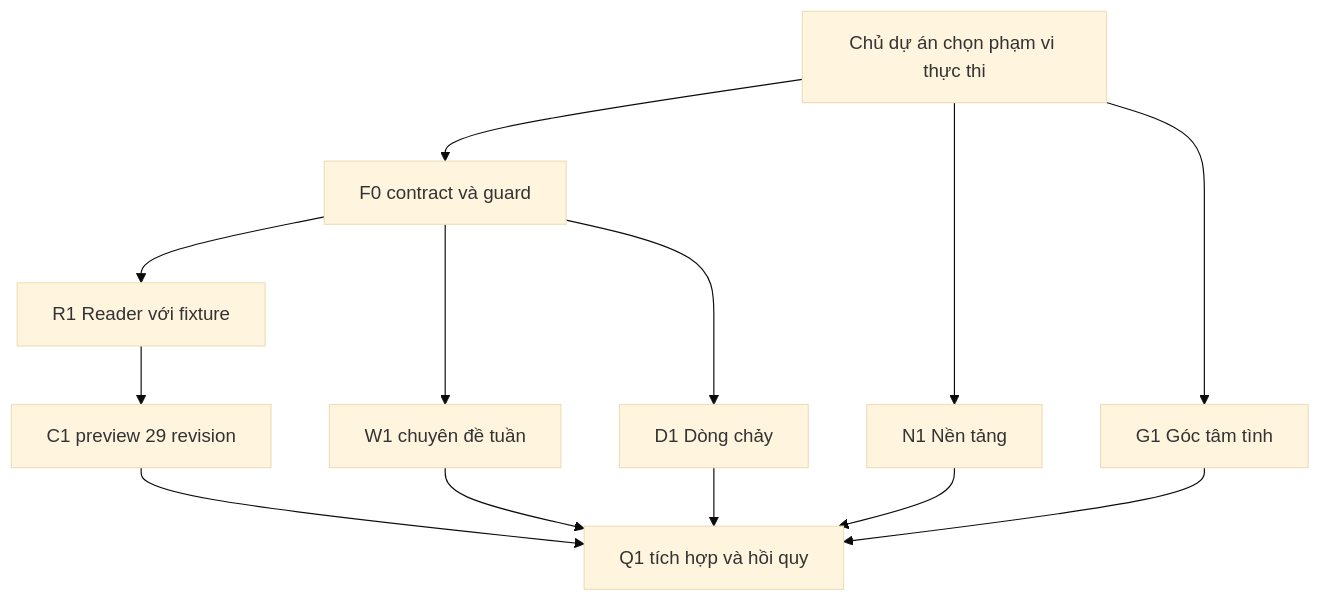
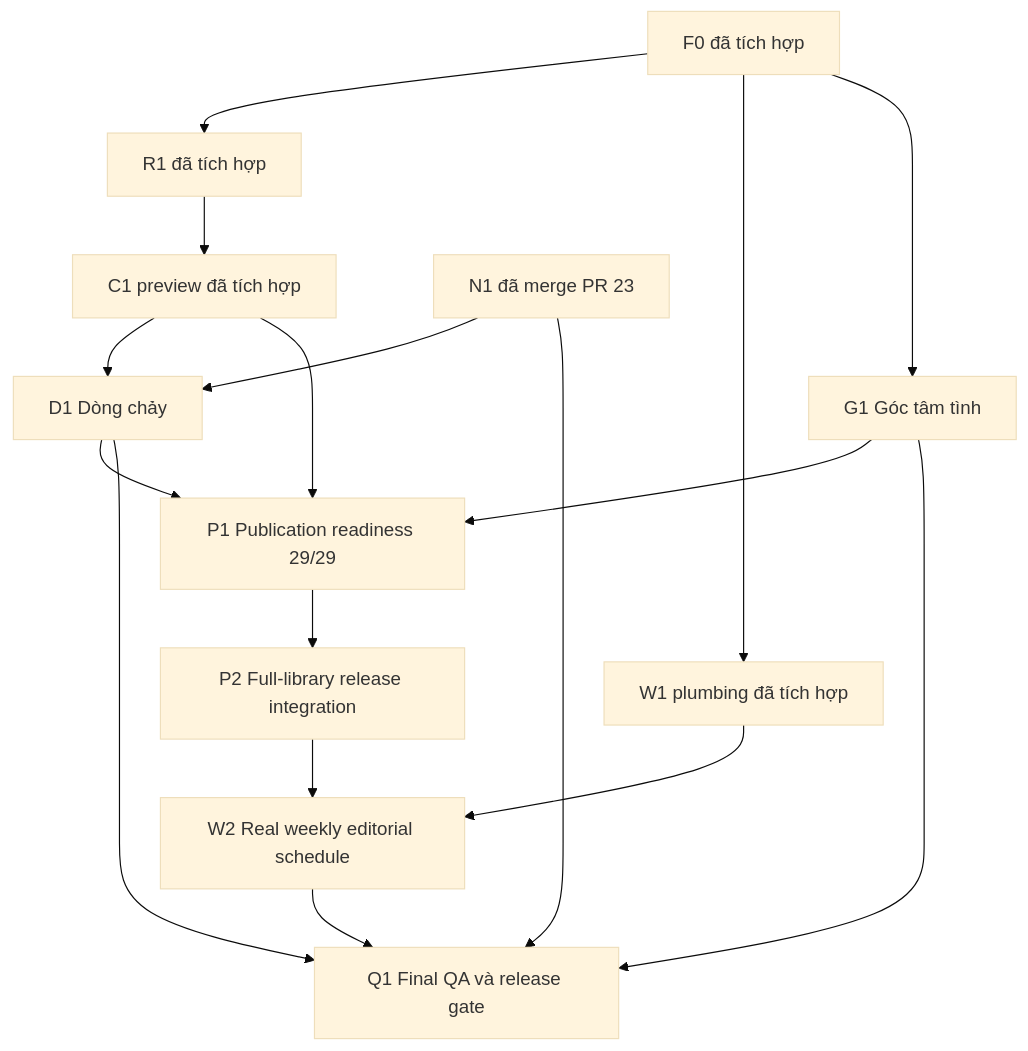
One commit to susootran207/Kh-ng-gian-Insight changed the diagram in docs/phase-3/integration-plan/IMPLEMENTATION-ROADMAP.md. Above: the diagram before and after it, drawn with Mermaid (base theme). The commit also changed other lines of this file and 4 other files, not shown here.

Commit message:
docs: plan V1 full-library launch with P1 P2 W2 release gates

````diff
--- a/docs/phase-3/integration-plan/IMPLEMENTATION-ROADMAP.md
+++ b/docs/phase-3/integration-plan/IMPLEMENTATION-ROADMAP.md
@@ -11,15 +15,19 @@
 ```mermaid
 flowchart TD
-  A[Chủ dự án chọn phạm vi thực thi] --> F[F0 contract và guard]
-  F --> R[R1 Reader với fixture]
-  R --> C[C1 preview 29 revision]
-  F --> W[W1 chuyên đề tuần]
-  F --> D[D1 Dòng chảy]
-  A --> N[N1 Nền tảng]
-  A --> G[G1 Góc tâm tình]
-  C --> Q[Q1 tích hợp và hồi quy]
-  W --> Q
+  F[F0 đã tích hợp] --> R[R1 đã tích hợp]
+  R --> C[C1 preview đã tích hợp]
+  F --> W[W1 plumbing đã tích hợp]
+  N[N1 đã merge PR 23] --> D[D1 Dòng chảy]
+  C --> D
+  F --> G[G1 Góc tâm tình]
+  C --> P[P1 Publication readiness 29/29]
+  D --> P
+  G --> P
+  P --> I[P2 Full-library release integration]
+  I --> E[W2 Real weekly editorial schedule]
+  W --> E
+  E --> Q[Q1 Final QA và release gate]
   D --> Q
+  G --> Q
   N --> Q
-  G --> Q
 ```
````
